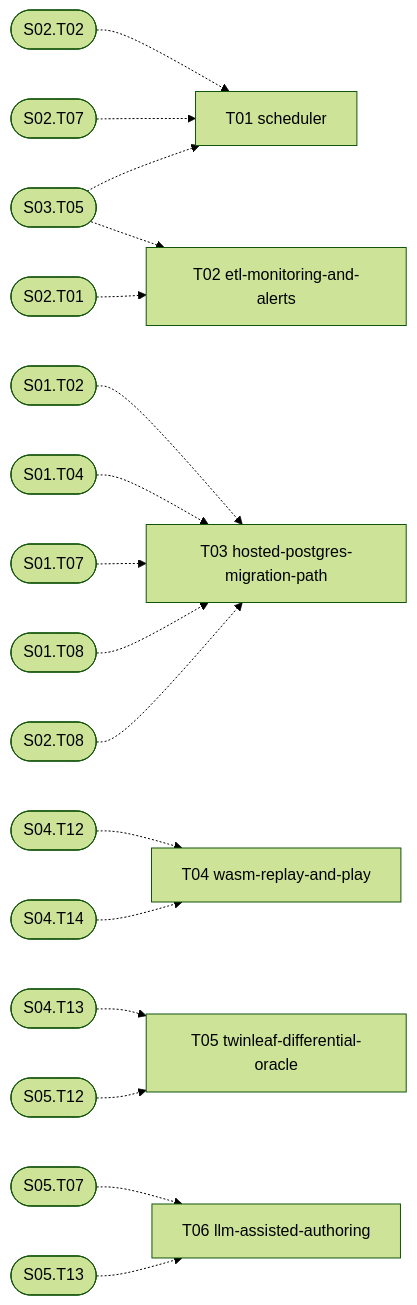
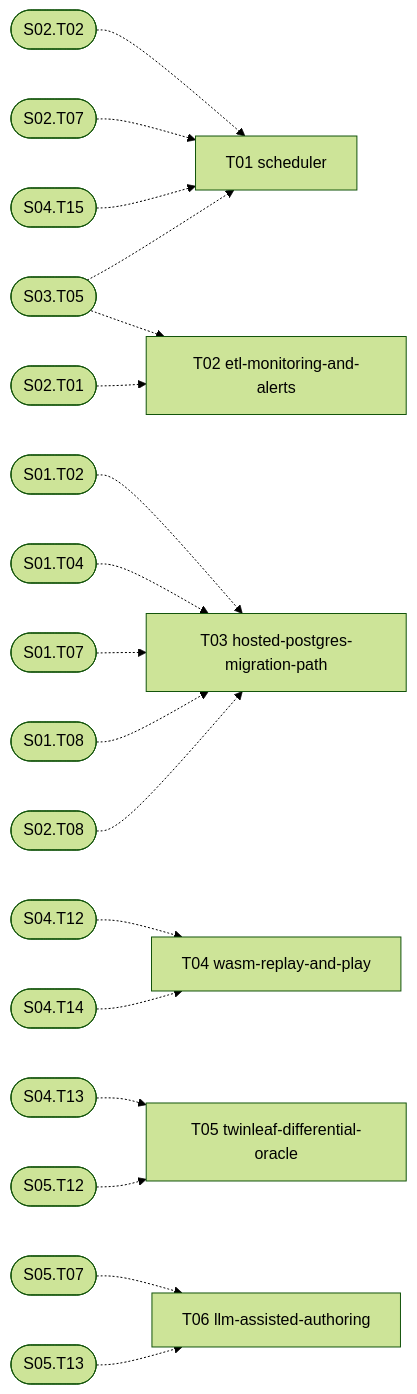
Before and after one commit to ManoFardo-PR/pokemon2: the diagram in docs/stages/08-operations-and-extensions/README.md, drawn with Mermaid (forest theme). The commit also changed other lines of this file and 16 other files, not shown here.

````diff
--- a/docs/stages/08-operations-and-extensions/README.md
+++ b/docs/stages/08-operations-and-extensions/README.md
@@ -33,25 +33,26 @@
 ```mermaid
 graph LR
   S08_T01["T01 scheduler"]
   S08_T02["T02 etl-monitoring-and-alerts"]
   S08_T03["T03 hosted-postgres-migration-path"]
   S08_T04["T04 wasm-replay-and-play"]
   S08_T05["T05 twinleaf-differential-oracle"]
   S08_T06["T06 llm-assisted-authoring"]
   S02_T02(["S02.T02"]) -.-> S08_T01
   S02_T07(["S02.T07"]) -.-> S08_T01
   S03_T05(["S03.T05"]) -.-> S08_T01
+  S04_T15(["S04.T15"]) -.-> S08_T01
   S02_T01(["S02.T01"]) -.-> S08_T02
   S03_T05(["S03.T05"]) -.-> S08_T02
   S01_T02(["S01.T02"]) -.-> S08_T03
   S01_T04(["S01.T04"]) -.-> S08_T03
   S01_T07(["S01.T07"]) -.-> S08_T03
   S01_T08(["S01.T08"]) -.-> S08_T03
   S02_T08(["S02.T08"]) -.-> S08_T03
   S04_T12(["S04.T12"]) -.-> S08_T04
   S04_T14(["S04.T14"]) -.-> S08_T04
   S04_T13(["S04.T13"]) -.-> S08_T05
   S05_T12(["S05.T12"]) -.-> S08_T05
   S05_T07(["S05.T07"]) -.-> S08_T06
   S05_T13(["S05.T13"]) -.-> S08_T06
 ```
````
